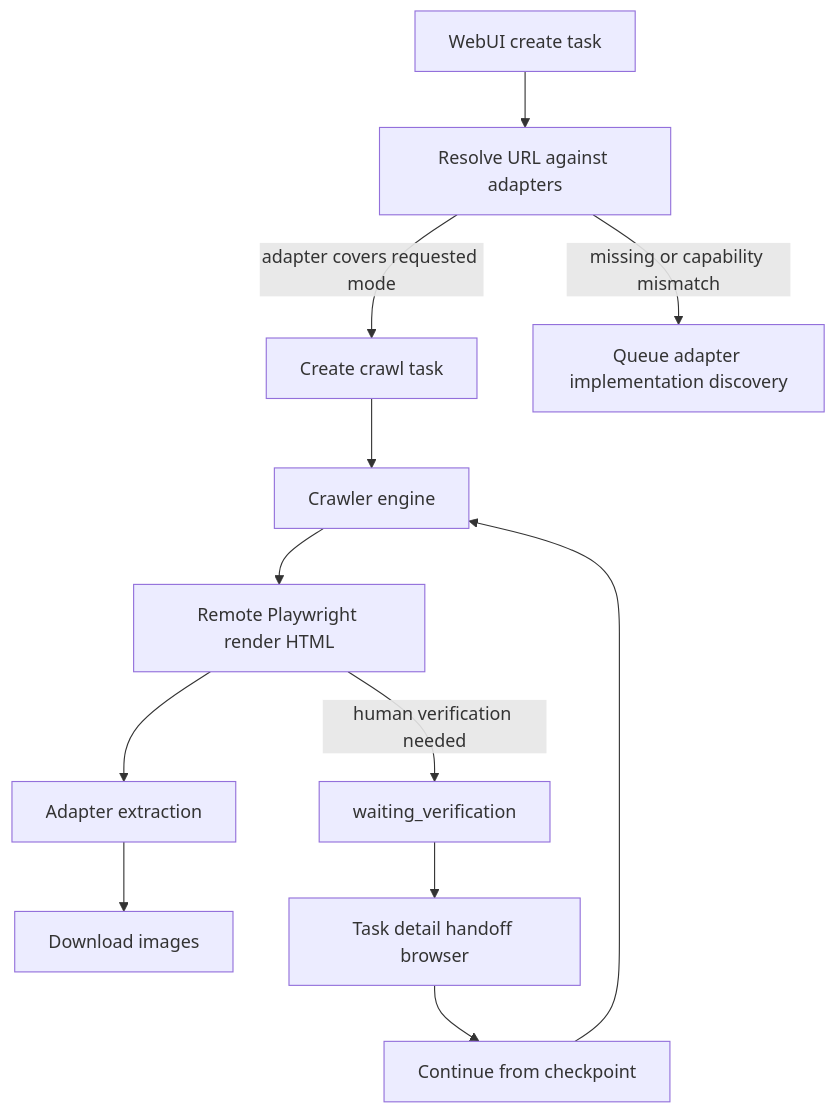
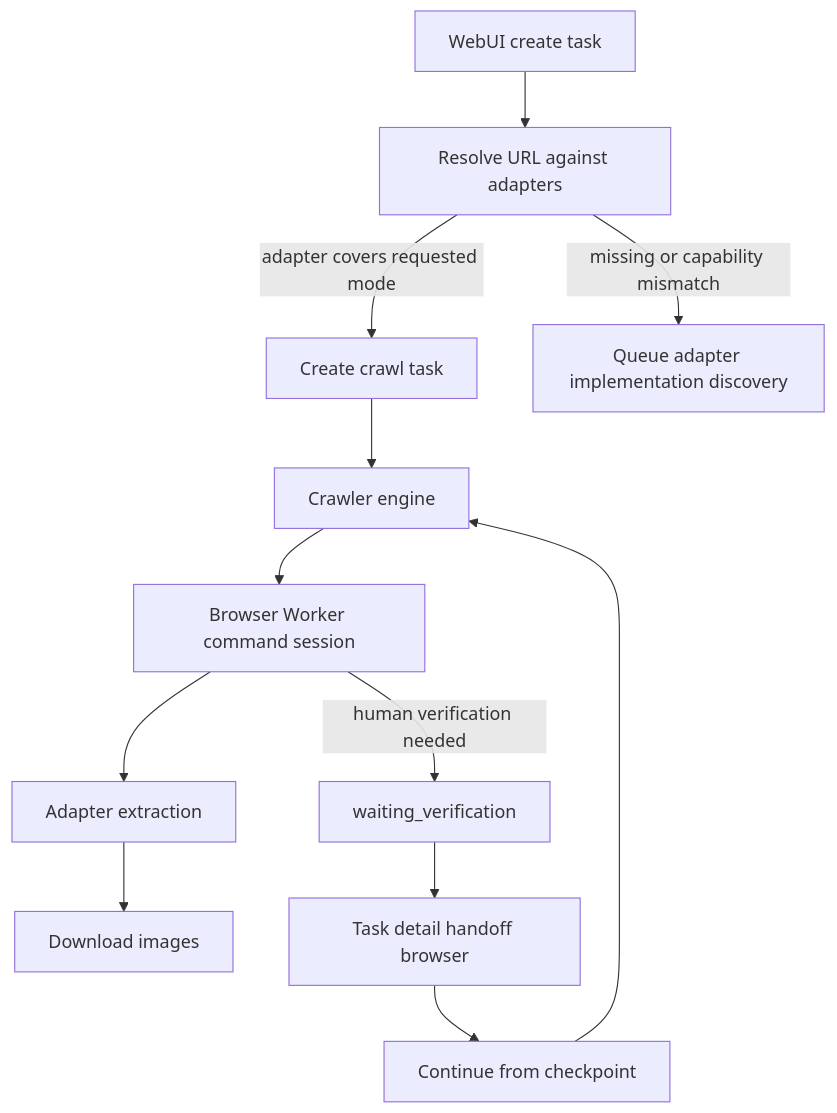
The second of 3 diagrams in docs/ARCHITECTURE.md (luberserker0v0/comic-crawler), drawn with Mermaid before and after one commit. The commit also changed other lines of this file and 163 other files, not shown here.

````diff
--- a/docs/ARCHITECTURE.md
+++ b/docs/ARCHITECTURE.md
@@ -95,14 +95,14 @@
 ```mermaid
 flowchart TD
   UI["WebUI create task"] --> Resolve["Resolve URL against adapters"]
   Resolve -->|adapter covers requested mode| Queue["Create crawl task"]
   Resolve -->|missing or capability mismatch| Discovery["Queue adapter implementation discovery"]
   Queue --> Crawl["Crawler engine"]
-  Crawl --> Remote["Remote Playwright render HTML"]
+  Crawl --> Remote["Browser Worker command session"]
   Remote --> Extract["Adapter extraction"]
   Extract --> Download["Download images"]
   Remote -->|human verification needed| Wait["waiting_verification"]
   Wait --> Handoff["Task detail handoff browser"]
   Handoff --> Resume["Continue from checkpoint"]
   Resume --> Crawl
 ```
````
